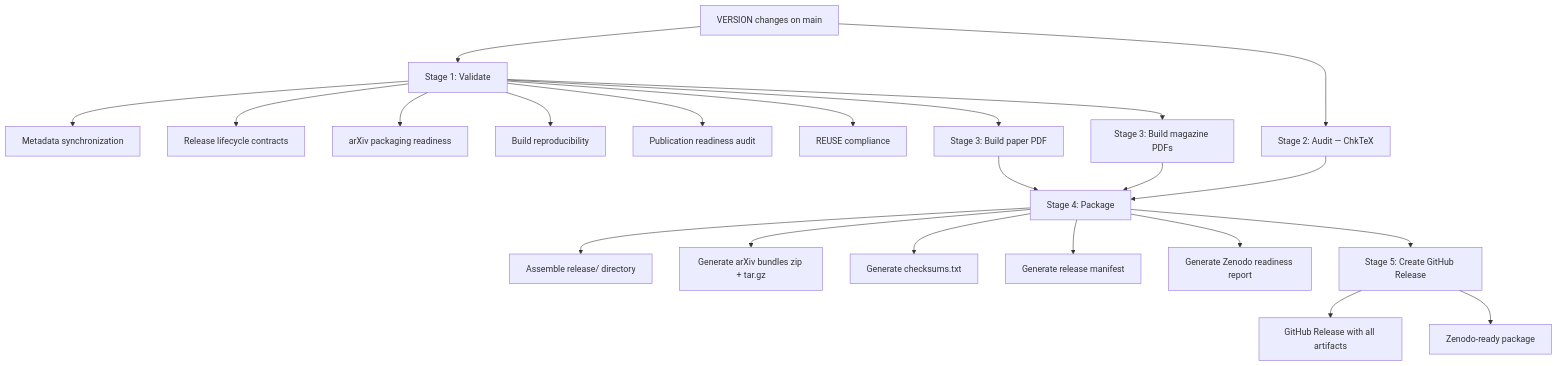
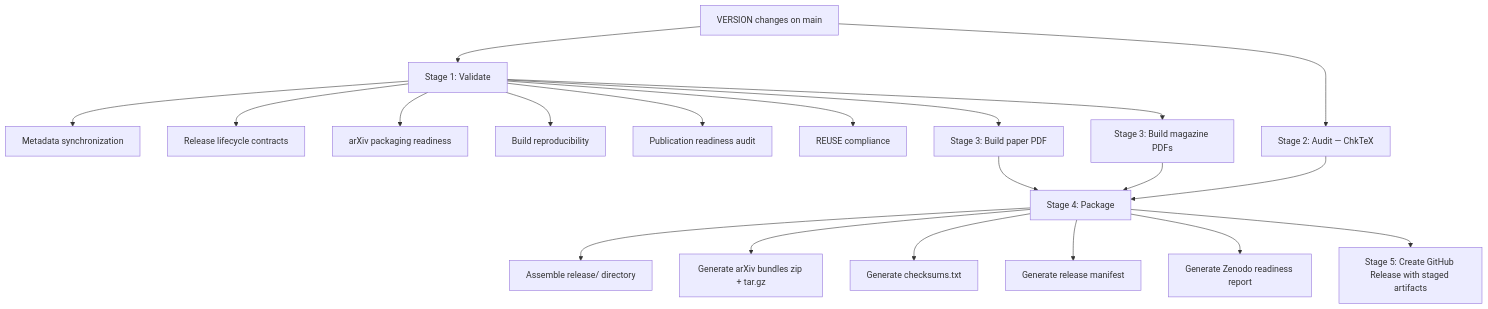
The second of 2 diagrams in docs/workflows.md (egohygiene/reflector), drawn with Mermaid before and after one commit. The commit also changed other lines of this file and 4 other files, not shown here.

````diff
--- a/docs/workflows.md
+++ b/docs/workflows.md
@@ -79,28 +104,26 @@
 ```mermaid
 flowchart TD
   A[VERSION changes on main] --> B[Stage 1: Validate]
   B --> B1[Metadata synchronization]
   B --> B2[Release lifecycle contracts]
   B --> B3[arXiv packaging readiness]
   B --> B4[Build reproducibility]
   B --> B5[Publication readiness audit]
   B --> B6[REUSE compliance]
 
   A --> C[Stage 2: Audit — ChkTeX]
 
   B --> D[Stage 3: Build paper PDF]
   B --> E[Stage 3: Build magazine PDFs]
 
   D --> F[Stage 4: Package]
   E --> F
   C --> F
   F --> F1[Assemble release/ directory]
   F --> F2[Generate arXiv bundles zip + tar.gz]
   F --> F3[Generate checksums.txt]
   F --> F4[Generate release manifest]
   F --> F5[Generate Zenodo readiness report]
 
-  F --> G[Stage 5: Create GitHub Release]
-  G --> H[GitHub Release with all artifacts]
-  G --> I[Zenodo-ready package]
+  F --> G[Stage 5: Create GitHub Release with staged artifacts]
 ```
````
